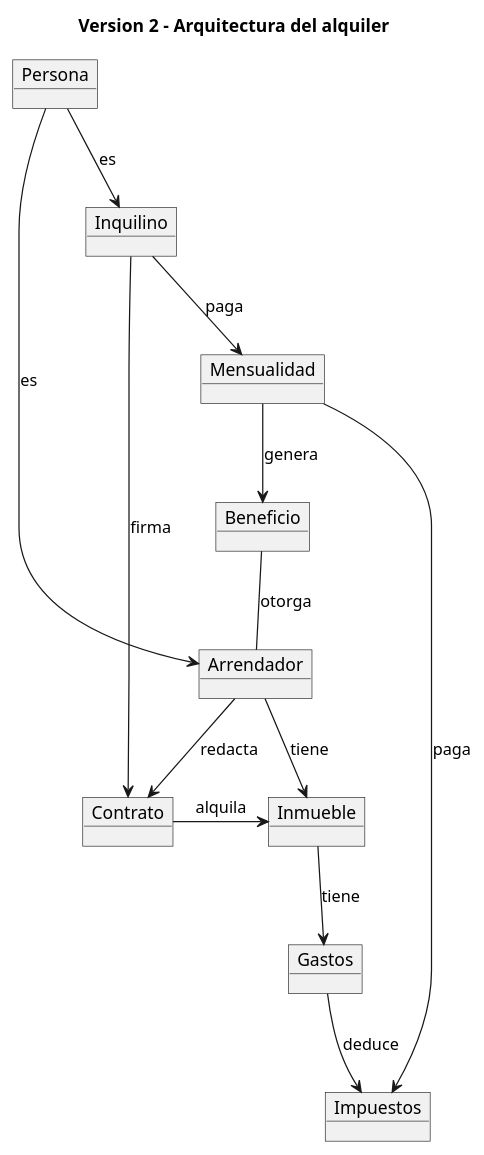
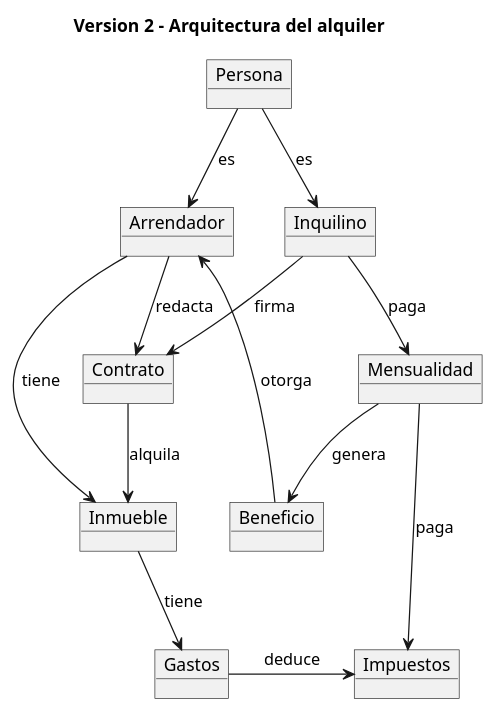
The diagram in entregas/delaasuncionJose/modeloDelDominio/diagramas/modelo.puml (UNE-Jose/26-27-IDSW1), drawn with PlantUML before and after one commit.

Commit message:
v2 mejora visual

```diff
--- a/entregas/delaasuncionJose/modeloDelDominio/diagramas/modelo.puml
+++ b/entregas/delaasuncionJose/modeloDelDominio/diagramas/modelo.puml
@@ -1,27 +1,27 @@
 @startuml v2
 title Version 2 - Arquitectura del alquiler
 
 object Persona
 object Arrendador
 object Inquilino
 object Contrato
 object Inmueble
 object Mensualidad
 object Gastos
 object Impuestos
 object Beneficio
 
 Persona --> Arrendador : es
 Persona --> Inquilino : es
 Arrendador --> Inmueble : tiene
 Arrendador --> Contrato : redacta
 Inquilino --> Contrato : firma
-Contrato -> Inmueble : alquila
+Contrato --> Inmueble : alquila
 Inquilino --> Mensualidad : paga
 Mensualidad --> Impuestos : paga
 Inmueble --> Gastos : tiene
-Gastos --> Impuestos : deduce
+Gastos -> Impuestos : deduce
 Mensualidad --> Beneficio : genera
-Beneficio -- Arrendador : otorga
+Beneficio -up-> Arrendador : otorga
 
 @enduml
```
